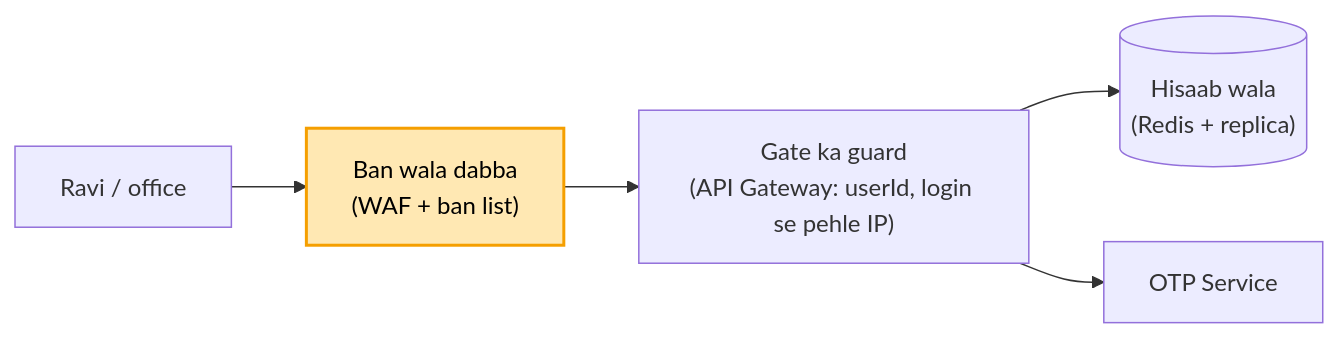
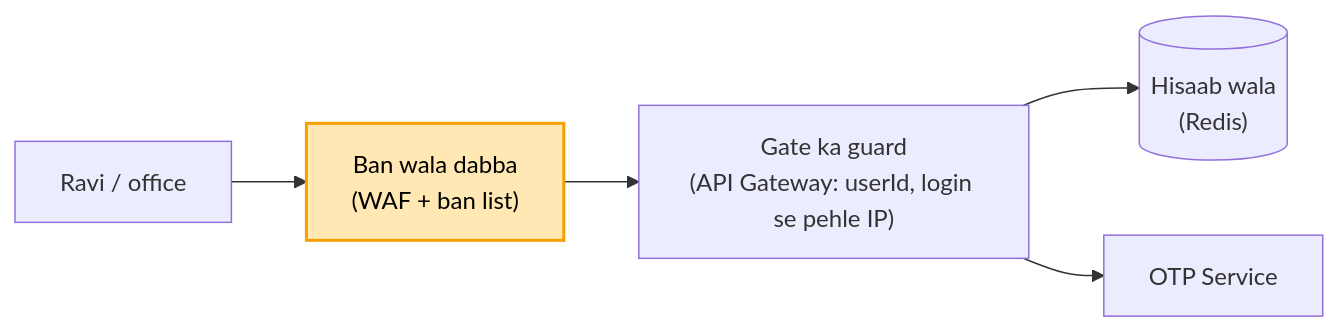
One commit to ArpanMaheshwari144/Prep changed the third of 4 diagrams in 04_HLD/SYSTEM_DESIGNS/02_rate_limiter/02_rate_limiter.md. Above: the diagram before and after it, drawn with Mermaid. The commit also changed other lines of this file and 18 other files, not shown here.

````diff
--- a/04_HLD/SYSTEM_DESIGNS/02_rate_limiter/02_rate_limiter.md
+++ b/04_HLD/SYSTEM_DESIGNS/02_rate_limiter/02_rate_limiter.md
@@ -124,8 +122,8 @@
 ```mermaid
 flowchart LR
     U["Ravi / office"] --> W["Ban wala dabba<br/>(WAF + ban list)"]
     W --> G["Gate ka guard<br/>(API Gateway: userId, login se pehle IP)"]
-    G --> R[("Hisaab wala<br/>(Redis + replica)")]
+    G --> R[("Hisaab wala<br/>(Redis)")]
     G --> O["OTP Service"]
     style W fill:#ffe8b3,stroke:#f59f00,stroke-width:2px,color:#000
 ```
````
